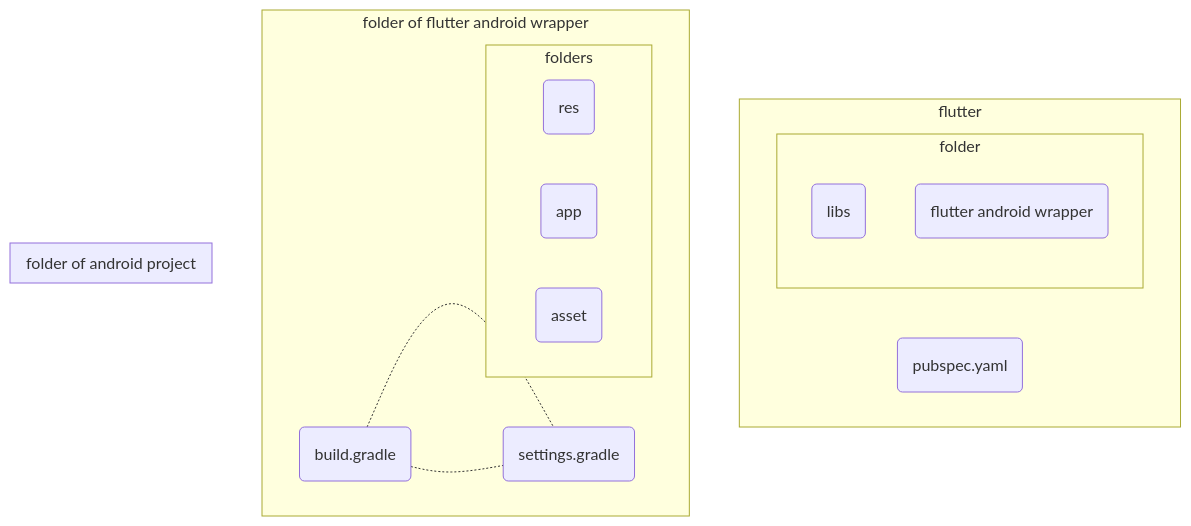
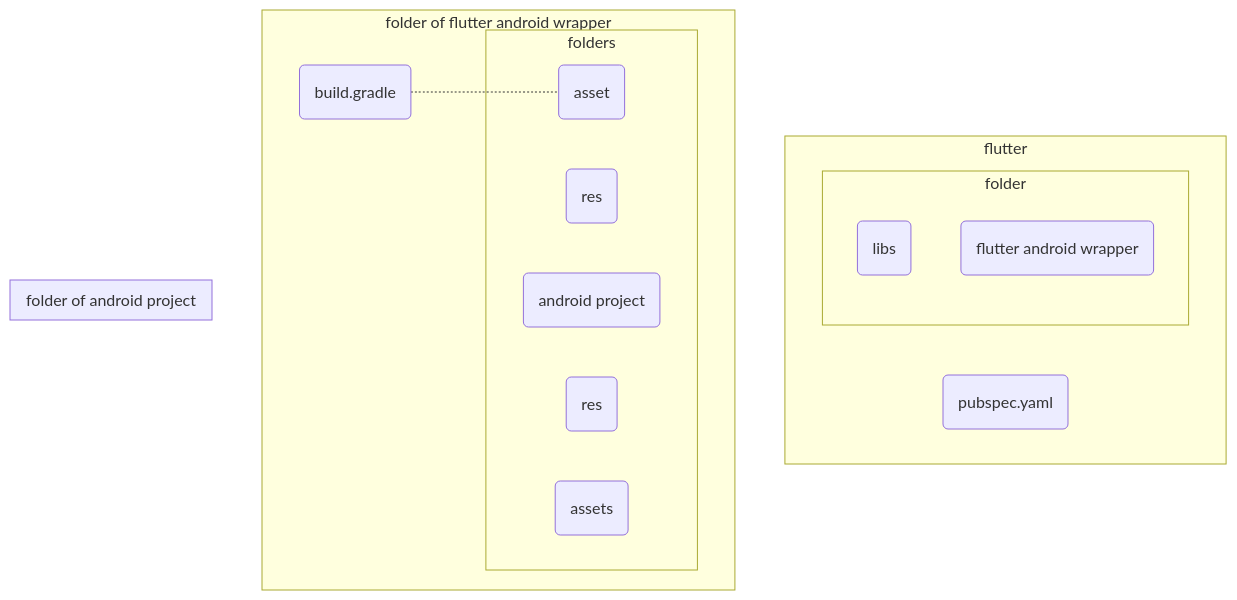
Before and after one commit to gordianknotC/nxp_note: the second of 2 diagrams in flutter/addAndroidProjIntoFlutter.md, drawn with Mermaid. The commit also changed other lines of this file, not shown here.

Commit message:
flutter/addAndroidProjIntoFlutter.md updated from https://stackedit.io/

````diff
--- a/flutter/addAndroidProjIntoFlutter.md
+++ b/flutter/addAndroidProjIntoFlutter.md
@@ -225,26 +225,25 @@
 ```mermaid
 graph TB
 	subgraph flutter
 		FP(pubspec.yaml)
 		subgraph folder
 			FL(libs)
 			FA(flutter android wrapper)
 		end
 	end
 	subgraph folder of flutter android wrapper
-		AB(build.gradle) -.- AS(settings.gradle)
+		WB(build.gradle) -.- WS(settings.gradle)
 		subgraph folders
-			PR(res)
-			PA(android project)
-			PS(asset)
+			WR(res)
+			WP(android project)
+			WS(asset)
 		end
 	end
 	subgraph folder of android project
-		AB(build.gradle) -.- AS(settings.gradle)
-		subgraph folders
-			PR(res)
-			PA(app)
-			PS(asset)
-		end
+		 subgraph folders
+			 AR(res) 
+			 AS(assets)
+			 
+		 end
 	end	 
 ```
````
